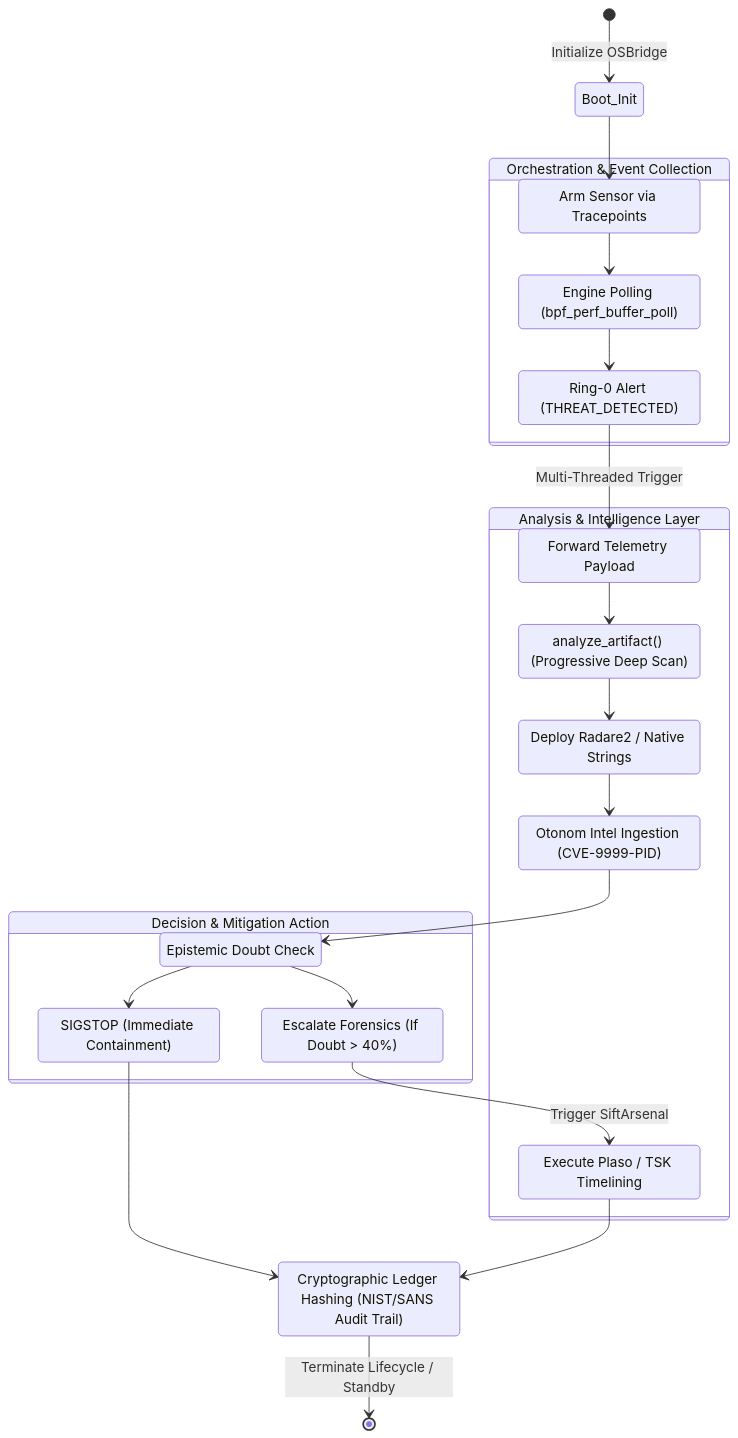
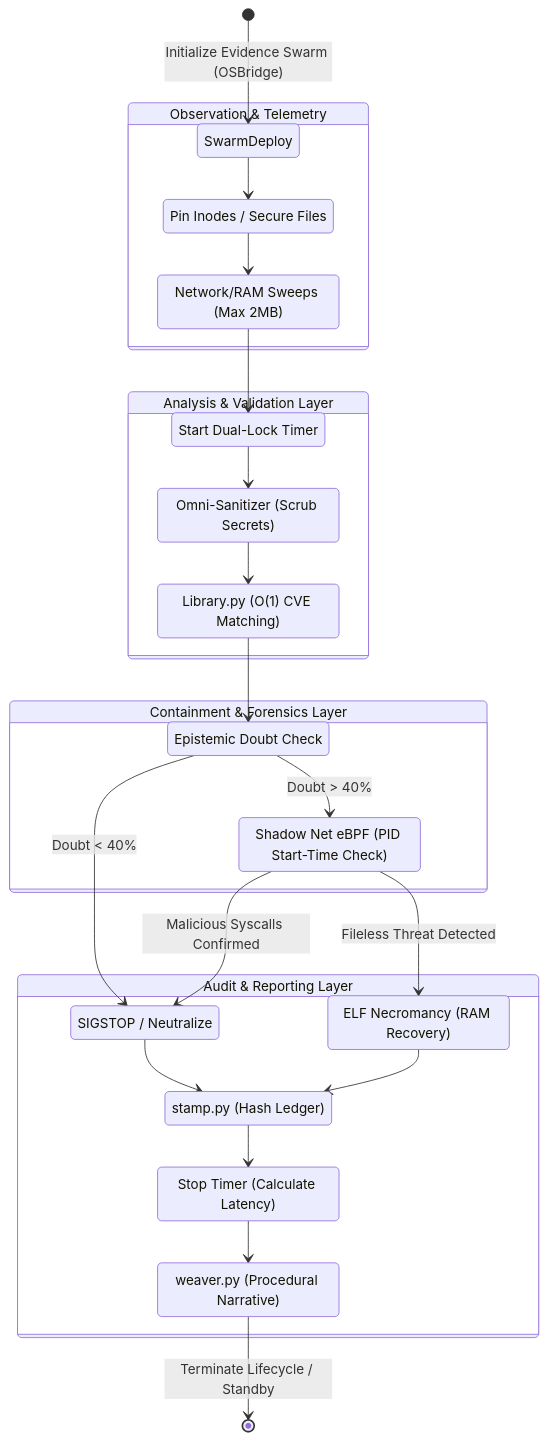
One commit to ArcVielLouvent/yomi-triage-system changed the third of 4 diagrams in README.md. Above: the diagram before and after it, drawn with Mermaid. The commit also changed other lines of this file, not shown here.

Commit message:
docs(readme): non-destructive surgical update of system architecture and feature list

````diff
--- a/README.md
+++ b/README.md
@@ -170,46 +183,49 @@
 ```mermaid
 stateDiagram-v2
-    [*] --> Boot_Init : Initialize OSBridge
+    [*] --> SwarmDeploy : Initialize Evidence Swarm (OSBridge)
 
-    state "Orchestration & Event Collection" as Orchestration {
-        state "Arm Sensor via Tracepoints" as ArmSensor
-        state "Engine Polling (bpf_perf_buffer_poll)" as EnginePoll
-        state "Ring-0 Alert (THREAT_DETECTED)" as Ring0Alert
+    state "Observation & Telemetry" as Observation {
+        state "Pin Inodes / Secure Files" as InodeLock
+        state "Network/RAM Sweeps (Max 2MB)" as Sweep
+        state "Start Dual-Lock Timer" as Timer
 
-        ArmSensor --> EnginePoll
-        EnginePoll --> Ring0Alert
+        SwarmDeploy --> InodeLock
+        InodeLock --> Sweep
+        Sweep --> Timer
     }
 
-    state "Analysis & Intelligence Layer" as Analysis {
-        state "Forward Telemetry Payload" as ForwardPayload
-        state "analyze_artifact() (Progressive Deep Scan)" as DeepScan
-        state "Deploy Radare2 / Native Strings" as Decompiler
-        state "Otonom Intel Ingestion (CVE-9999-PID)" as IntelIngest
-        state "Execute Plaso / TSK Timelining" as HunterFls
+    state "Analysis & Validation Layer" as Analysis {
+        state "Omni-Sanitizer (Scrub Secrets)" as Sanitize
+        state "Library.py (O(1) CVE Matching)" as IntelIngest
+        state "Epistemic Doubt Check" as DoubtCheck
 
-        ForwardPayload --> DeepScan
-        DeepScan --> Decompiler
-        Decompiler --> IntelIngest
+        Timer --> Sanitize
+        Sanitize --> IntelIngest
+        IntelIngest --> DoubtCheck
     }
 
-    state "Decision & Mitigation Action" as Action {
-        state "Epistemic Doubt Check" as DoubtCheck
-        state "SIGSTOP (Immediate Containment)" as Remediate
-        state "Escalate Forensics (If Doubt > 40%)" as Escalate
+    state "Containment & Forensics Layer" as Action {
+        state "SIGSTOP / Neutralize" as Remediate
+        state "Shadow Net eBPF (PID Start-Time Check)" as ShadowNet
+        state "ELF Necromancy (RAM Recovery)" as Necromancy
 
-        DoubtCheck --> Remediate
-        DoubtCheck --> Escalate
+        DoubtCheck --> Remediate : Doubt < 40%
+        DoubtCheck --> ShadowNet : Doubt > 40%
+        ShadowNet --> Remediate : Malicious Syscalls Confirmed
+        ShadowNet --> Necromancy : Fileless Threat Detected
     }
 
-    Boot_Init --> ArmSensor
-    Ring0Alert --> ForwardPayload : Multi-Threaded Trigger
-    IntelIngest --> DoubtCheck
-    Escalate --> HunterFls : Trigger SiftArsenal
+    state "Audit & Reporting Layer" as Audit {
+        state "stamp.py (Hash Ledger)" as Stamp
+        state "weaver.py (Procedural Narrative)" as Weaver
+        state "Stop Timer (Calculate Latency)" as TimerStop
 
-    Remediate --> CryptographicLedger
-    HunterFls --> CryptographicLedger
+        Remediate --> Stamp
+        Necromancy --> Stamp
+        Stamp --> TimerStop
+        TimerStop --> Weaver
+    }
 
-    state "Cryptographic Ledger Hashing (NIST/SANS Audit Trail)" as CryptographicLedger
-    CryptographicLedger --> [*] : Terminate Lifecycle / Standby
+    Weaver --> [*] : Terminate Lifecycle / Standby
 
 ```
````
